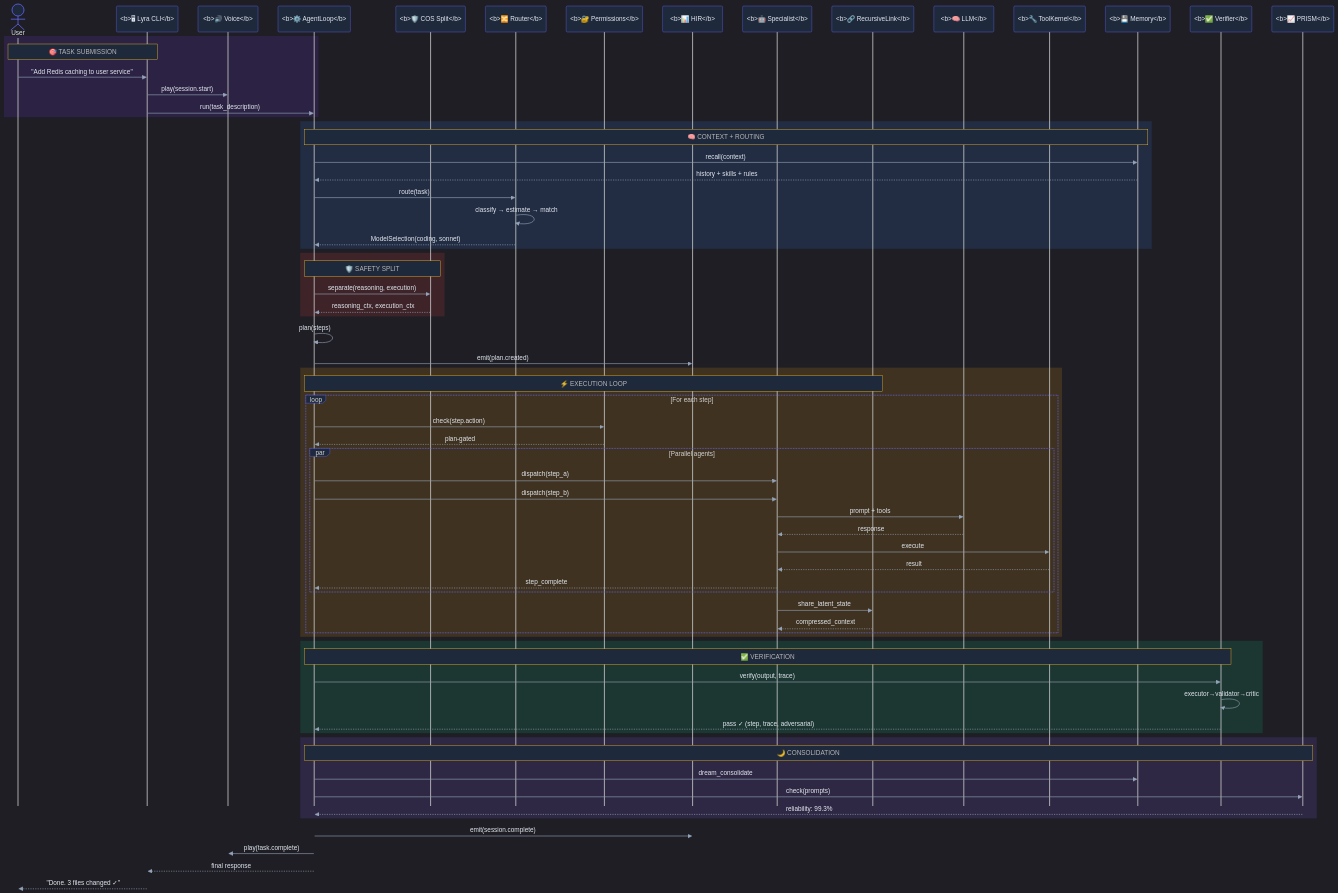
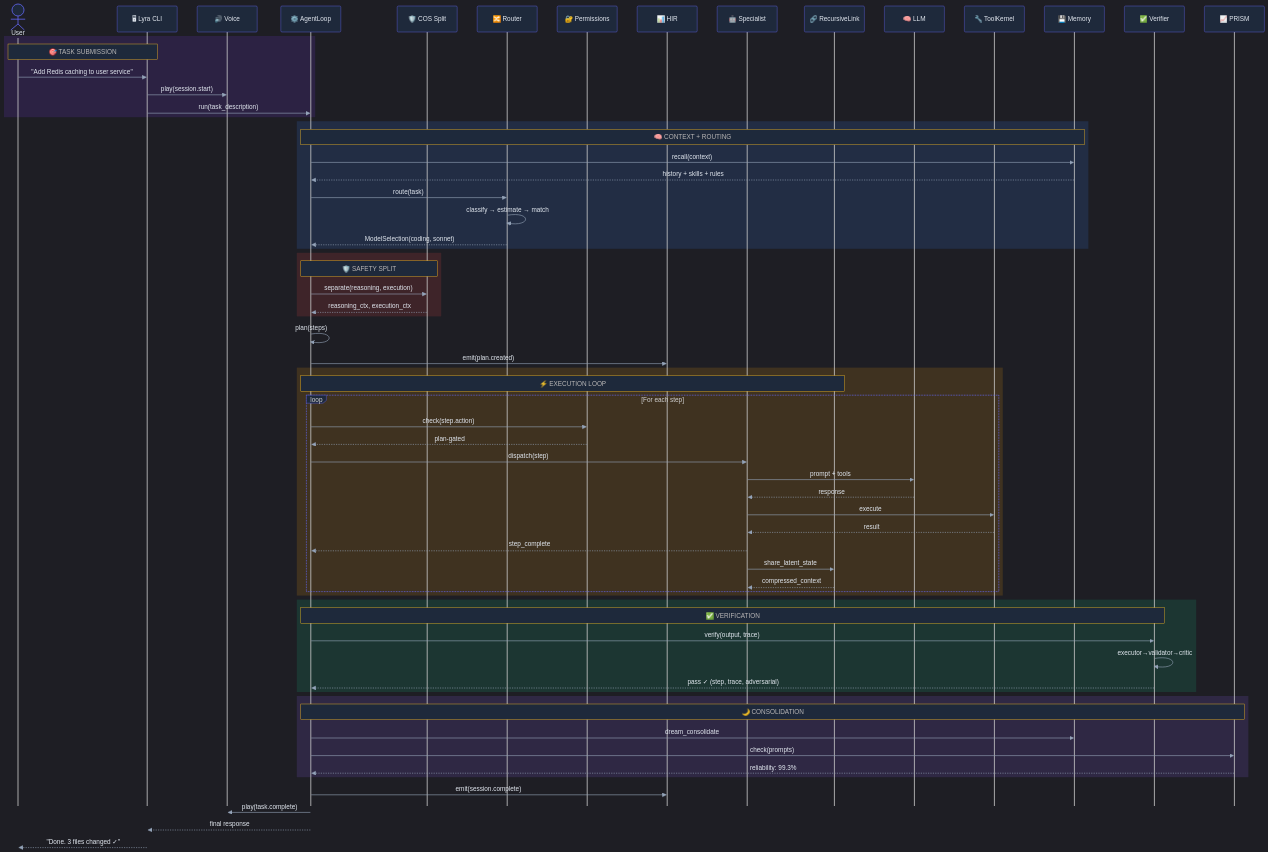
One commit to ndqkhanh/lyra changed the second of 8 diagrams in README.md. Above: the diagram before and after it, drawn with Mermaid.

Commit message:
fix(docs): fix Mermaid sequence diagram — remove HTML tags, fix par syntax, rgb→rgba
Three fixes for 'svg element not in render tree' error:
1. Removed <b> HTML tags from sequence participant names (not supported
   in Mermaid sequence diagrams)
2. Removed invalid 'par' block without 'and' separators
3. Fixed rgb() → rgba() for rect background colors (4-value format)

```diff
--- a/README.md
+++ b/README.md
@@ -164,29 +164,29 @@
 %%{init: {'theme': 'dark', 'themeVariables': {'actorBkg': '#1e293b', 'actorBorder': '#6366f1', 'actorTextColor': '#e2e8f0', 'signalColor': '#94a3b8', 'signalTextColor': '#e2e8f0', 'labelBoxBkgColor': '#1e293b', 'labelBoxBorderColor': '#6366f1', 'noteBkgColor': '#1e293b', 'noteBorderColor': '#fbbf24', 'activationBkgColor': '#7c3aed30', 'activationBorderColor': '#8b5cf6'}, 'sequence': {'mirrorActors': false, 'boxMargin': 10}}}%%
 sequenceDiagram
     actor User
-    participant CLI as <b>🖥 Lyra CLI</b>
-    participant Voice as <b>🔊 Voice</b>
-    participant Engine as <b>⚙️ AgentLoop</b>
-    participant CogExec as <b>🛡️ COS Split</b>
-    participant Router as <b>🔀 Router</b>
-    participant Perms as <b>🔐 Permissions</b>
-    participant HIR as <b>📊 HIR</b>
-    participant Agent as <b>🤖 Specialist</b>
-    participant RecLink as <b>🔗 RecursiveLink</b>
-    participant LLM as <b>🧠 LLM</b>
-    participant Tools as <b>🔧 ToolKernel</b>
-    participant Mem as <b>💾 Memory</b>
-    participant Verifier as <b>✅ Verifier</b>
-    participant Drift as <b>📈 PRISM</b>
+    participant CLI as 🖥 Lyra CLI
+    participant Voice as 🔊 Voice
+    participant Engine as ⚙️ AgentLoop
+    participant CogExec as 🛡️ COS Split
+    participant Router as 🔀 Router
+    participant Perms as 🔐 Permissions
+    participant HIR as 📊 HIR
+    participant Agent as 🤖 Specialist
+    participant RecLink as 🔗 RecursiveLink
+    participant LLM as 🧠 LLM
+    participant Tools as 🔧 ToolKernel
+    participant Mem as 💾 Memory
+    participant Verifier as ✅ Verifier
+    participant Drift as 📈 PRISM
 
-    rect rgb(124, 58, 237, 0.15)
+    rect rgba(124, 58, 237, 0.15)
         Note over User,CLI: 🎯 TASK SUBMISSION
         User->>CLI: "Add Redis caching to user service"
         CLI->>Voice: play(session.start)
         CLI->>Engine: run(task_description)
     end
 
-    rect rgb(59, 130, 246, 0.15)
+    rect rgba(59, 130, 246, 0.15)
         Note over Engine,Mem: 🧠 CONTEXT + ROUTING
         Engine->>Mem: recall(context)
         Mem-->>Engine: history + skills + rules
@@ -195,7 +195,7 @@
         Router-->>Engine: ModelSelection(coding, sonnet)
     end
 
-    rect rgb(239, 68, 68, 0.15)
+    rect rgba(239, 68, 68, 0.15)
         Note over Engine,CogExec: 🛡️ SAFETY SPLIT
         Engine->>CogExec: separate(reasoning, execution)
         CogExec-->>Engine: reasoning_ctx, execution_ctx
@@ -204,35 +204,32 @@
     Engine->>Engine: plan(steps)
     Engine->>HIR: emit(plan.created)
 
-    rect rgb(245, 158, 11, 0.15)
+    rect rgba(245, 158, 11, 0.15)
         Note over Engine,RecLink: ⚡ EXECUTION LOOP
         loop For each step
             Engine->>Perms: check(step.action)
             Perms-->>Engine: plan-gated
 
-            par Parallel agents
-                Engine->>Agent: dispatch(step_a)
-                Engine->>Agent: dispatch(step_b)
-                Agent->>LLM: prompt + tools
-                LLM-->>Agent: response
-                Agent->>Tools: execute
-                Tools-->>Agent: result
-                Agent-->>Engine: step_complete
-            end
+            Engine->>Agent: dispatch(step)
+            Agent->>LLM: prompt + tools
+            LLM-->>Agent: response
+            Agent->>Tools: execute
+            Tools-->>Agent: result
+            Agent-->>Engine: step_complete
 
             Agent->>RecLink: share_latent_state
             RecLink-->>Agent: compressed_context
         end
     end
 
-    rect rgb(16, 185, 129, 0.15)
+    rect rgba(16, 185, 129, 0.15)
         Note over Engine,Verifier: ✅ VERIFICATION
         Engine->>Verifier: verify(output, trace)
         Verifier->>Verifier: executor→validator→critic
         Verifier-->>Engine: pass ✓ (step, trace, adversarial)
     end
 
-    rect rgb(139, 92, 246, 0.15)
+    rect rgba(139, 92, 246, 0.15)
         Note over Engine,Drift: 🌙 CONSOLIDATION
         Engine->>Mem: dream_consolidate
         Engine->>Drift: check(prompts)
```
